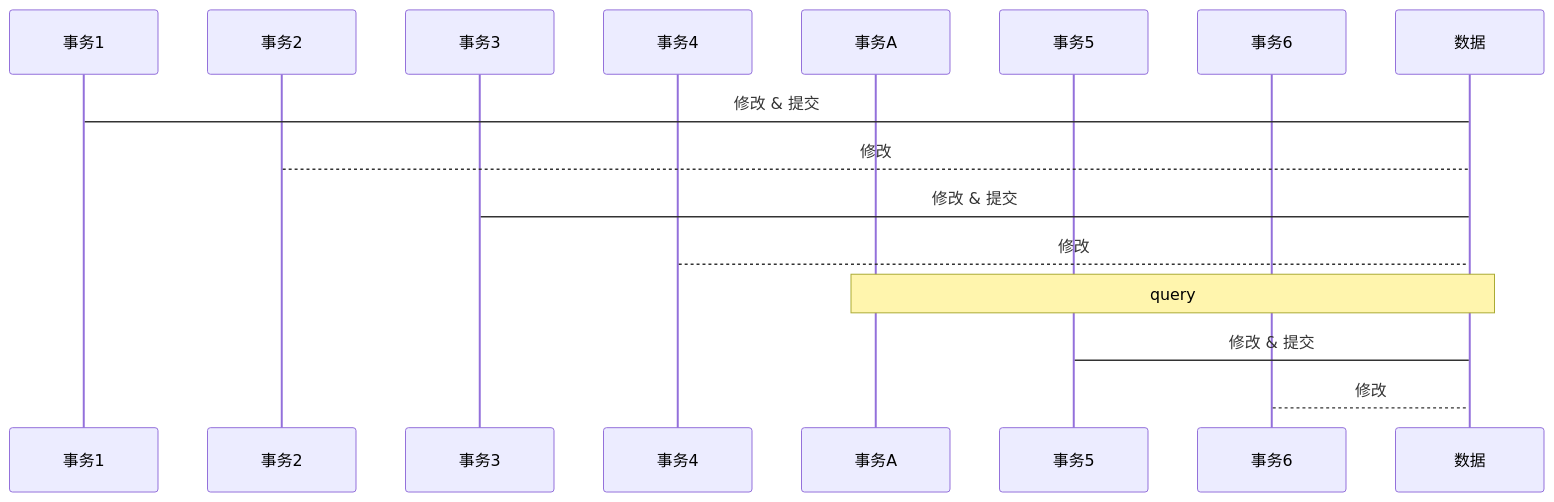
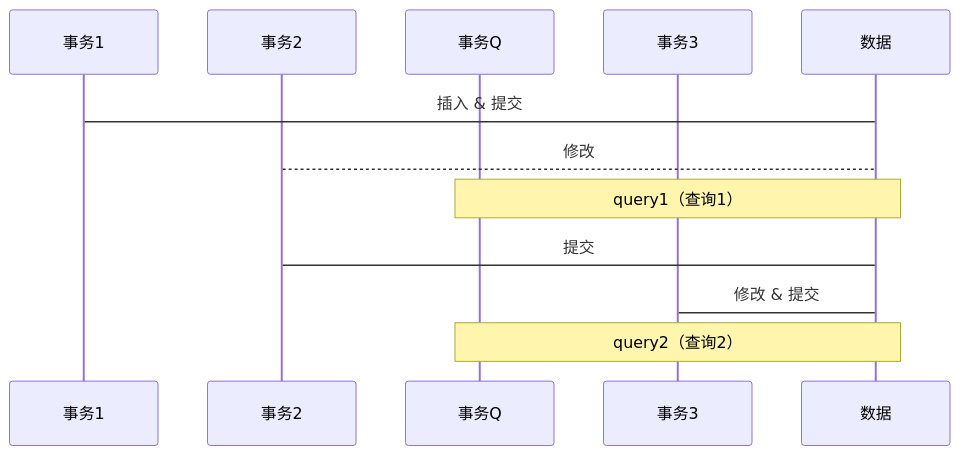
Before and after one commit to azh3ng/azh3ng.github.io: the second of 2 diagrams in _posts/2021-09-25-理解 InnoDB MVCC 机制.md, drawn with Mermaid. The commit also changed other lines of this file, not shown here.

````diff
--- a/_posts/2021-09-25-理解 InnoDB MVCC 机制.md
+++ b/_posts/2021-09-25-理解 InnoDB MVCC 机制.md
@@ -19,18 +298,14 @@
 ```mermaid
 sequenceDiagram
     participant 事务1
     participant 事务2
+    participant 事务Q
     participant 事务3
-    participant 事务4
-    participant 事务A
-    participant 事务5
-    participant 事务6
     participant 数据
-    事务1 -> 数据 : 修改 & 提交
+    事务1 -> 数据 : 插入 & 提交
     事务2 --> 数据 : 修改
+    Note over 事务Q,数据 : query1（查询1）
+    事务2 -> 数据 : 提交
     事务3 -> 数据 : 修改 & 提交
-    事务4 --> 数据 : 修改
-    Note over 事务A,数据 : query
-    事务5 -> 数据 : 修改 & 提交
-    事务6 --> 数据 : 修改
+    Note over 事务Q,数据 : query2（查询2）
 ```
````
